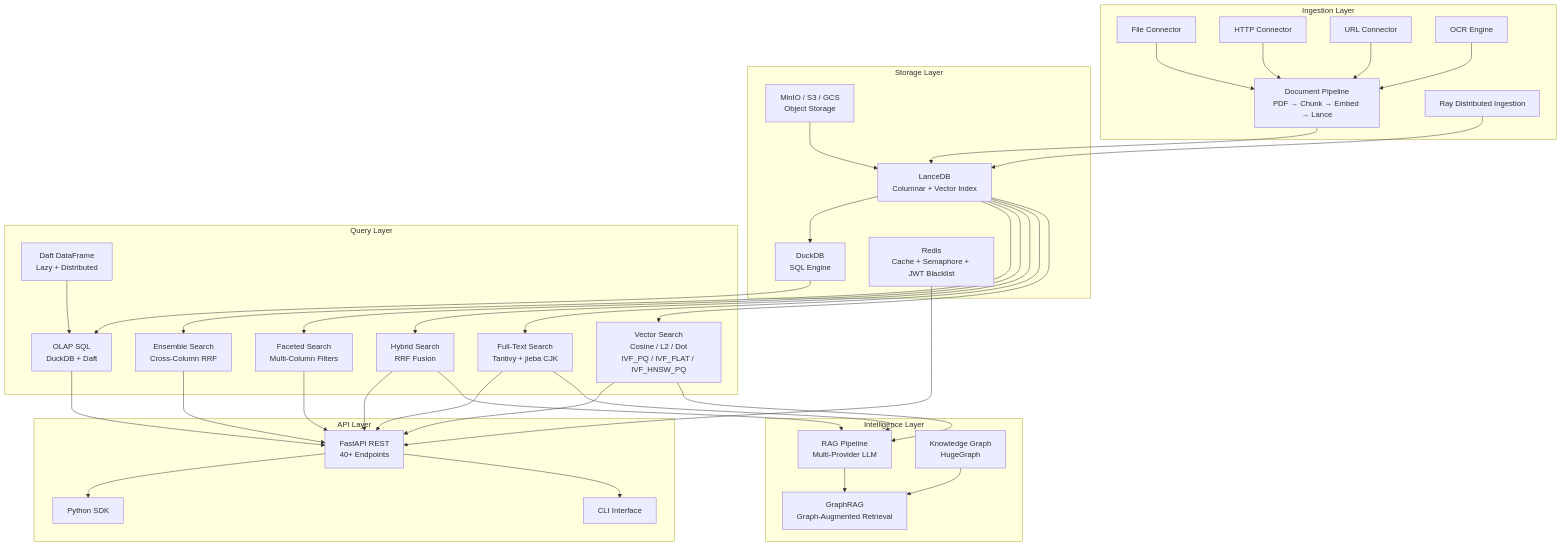
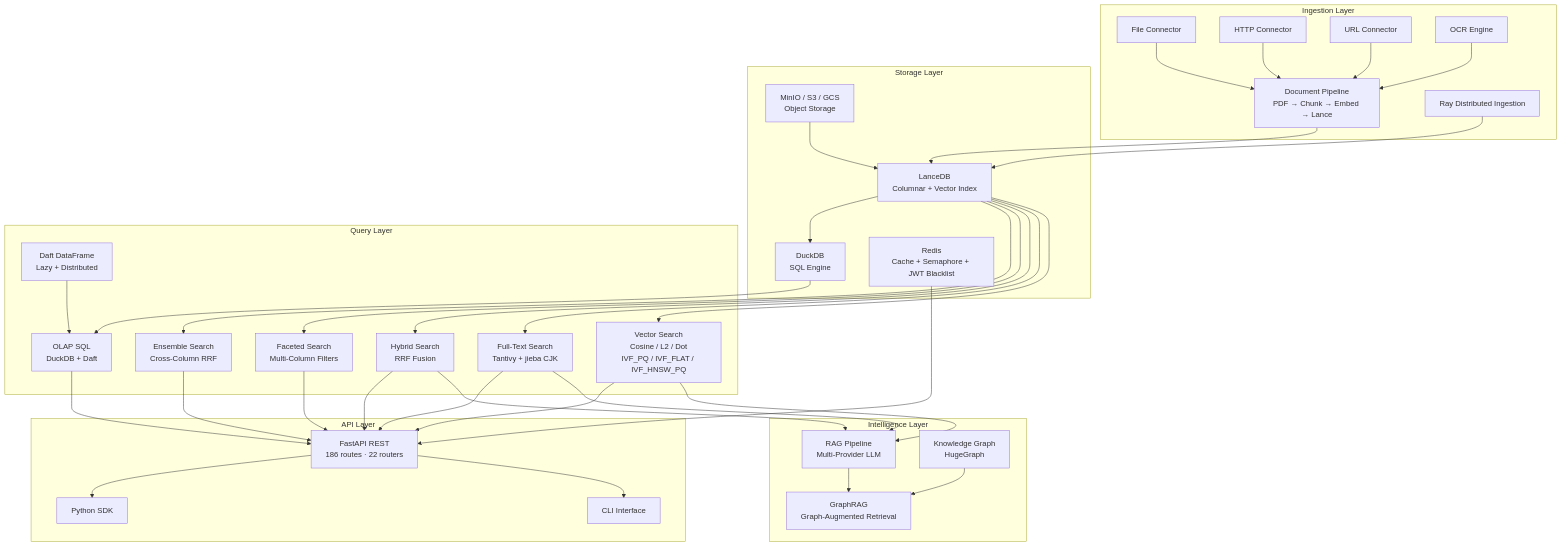
The first of 2 diagrams in docs/arrow-lake-product-introduction-zh.md (witsmaotech/arrow-lake), drawn with Mermaid before and after one commit. The commit also changed other lines of this file and 11 other files, not shown here.

````diff
--- a/docs/arrow-lake-product-introduction-zh.md
+++ b/docs/arrow-lake-product-introduction-zh.md
@@ -25,59 +25,59 @@
 ```mermaid
 graph TB
     subgraph Ingestion["Ingestion Layer"]
         F["File Connector"]
         H["HTTP Connector"]
         U["URL Connector"]
         OCR["OCR Engine"]
         DOC["Document Pipeline<br/>PDF → Chunk → Embed → Lance"]
         INJ["Ray Distributed Ingestion"]
     end
 
     subgraph Storage["Storage Layer"]
         LANCE["LanceDB<br/>Columnar + Vector Index"]
         MINIO["MinIO / S3 / GCS<br/>Object Storage"]
         DUCK["DuckDB<br/>SQL Engine"]
         REDIS["Redis<br/>Cache + Semaphore + JWT Blacklist"]
     end
 
     subgraph Query["Query Layer"]
         VS["Vector Search<br/>Cosine / L2 / Dot<br/>IVF_PQ / IVF_FLAT / IVF_HNSW_PQ"]
         FTS["Full-Text Search<br/>Tantivy + jieba CJK"]
         HS["Hybrid Search<br/>RRF Fusion"]
         FAC["Faceted Search<br/>Multi-Column Filters"]
         ENS["Ensemble Search<br/>Cross-Column RRF"]
         OLAP["OLAP SQL<br/>DuckDB + Daft"]
         DFT["Daft DataFrame<br/>Lazy + Distributed"]
     end
 
     subgraph Intel["Intelligence Layer"]
         RAG["RAG Pipeline<br/>Multi-Provider LLM"]
         KG["Knowledge Graph<br/>HugeGraph"]
         GRAG["GraphRAG<br/>Graph-Augmented Retrieval"]
     end
 
     subgraph API["API Layer"]
-        REST["FastAPI REST<br/>40+ Endpoints"]
+        REST["FastAPI REST<br/>186 routes · 22 routers"]
         CLI["CLI Interface"]
         SDK["Python SDK"]
     end
 
     DOC --> LANCE
     INJ --> LANCE
     F & H & U --> DOC
     OCR --> DOC
 
     LANCE --> VS & FTS & HS & FAC & ENS
     LANCE --> DUCK
     MINIO --> LANCE
     REDIS --> REST
     DUCK --> OLAP
     DFT --> OLAP
 
     VS & FTS & HS --> RAG
     KG --> GRAG
     RAG --> GRAG
 
     VS & FTS & HS & FAC & ENS & OLAP --> REST
     REST --> CLI & SDK
 ```
````
